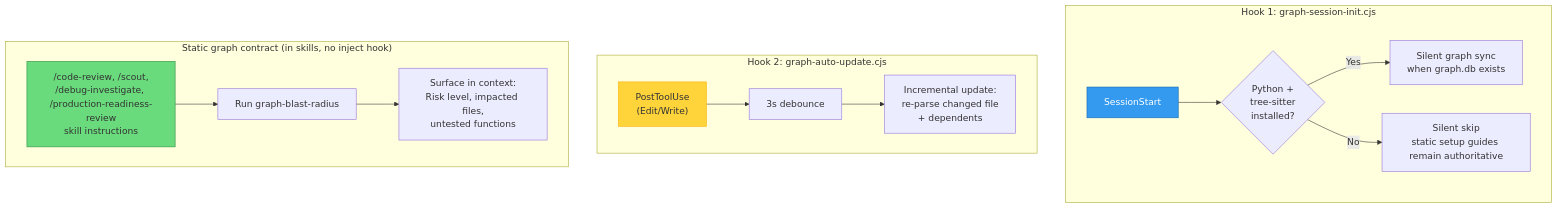
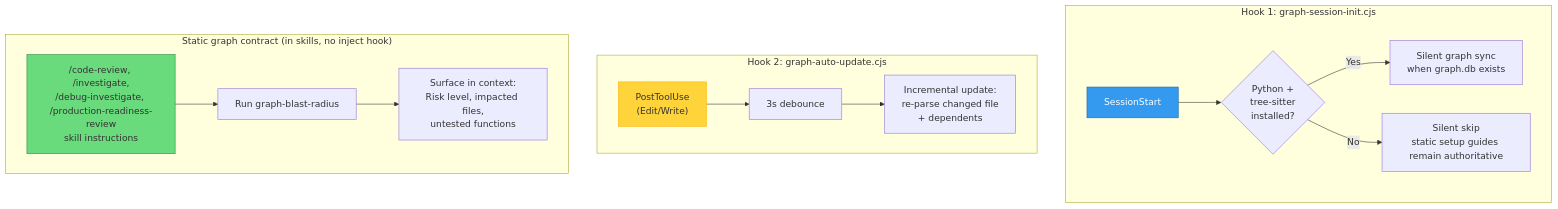
One commit to duc01226/easy-claude changed diagram 17 of 20 in .claude/docs/claude-ai-agent-framework-guide.md. Above: the diagram before and after it, drawn with Mermaid. The commit also changed other lines of this file and 517 other files, not shown here.

````diff
--- a/.claude/docs/claude-ai-agent-framework-guide.md
+++ b/.claude/docs/claude-ai-agent-framework-guide.md
@@ -2989,22 +2988,22 @@
 ```mermaid
 graph TB
     subgraph "Hook 1: graph-session-init.cjs"
         SE["SessionStart"] --> CHK{"Python +<br/>tree-sitter<br/>installed?"}
         CHK -->|Yes| STAT["Silent graph sync<br/>when graph.db exists"]
         CHK -->|No| GUIDE["Silent skip<br/>static setup guides remain authoritative"]
     end
 
     subgraph "Hook 2: graph-auto-update.cjs"
         EDIT["PostToolUse<br/>(Edit/Write)"] --> DEB["3s debounce"]
         DEB --> INC["Incremental update:<br/>re-parse changed file<br/>+ dependents"]
     end
 
     subgraph "Static graph contract (in skills, no inject hook)"
-        SKILL["/code-review, /scout,<br/>/debug-investigate, /production-readiness-review<br/>skill instructions"] --> BR["Run graph-blast-radius"]
+        SKILL["/code-review, /investigate,<br/>/debug-investigate, /production-readiness-review<br/>skill instructions"] --> BR["Run graph-blast-radius"]
         BR --> INJ["Surface in context:<br/>Risk level, impacted files,<br/>untested functions"]
     end
 
     style SE fill:#339af0,stroke:#1864ab,color:#fff
     style EDIT fill:#ffd43b,stroke:#fab005
     style SKILL fill:#69db7c,stroke:#2b8a3e
 ```
````
